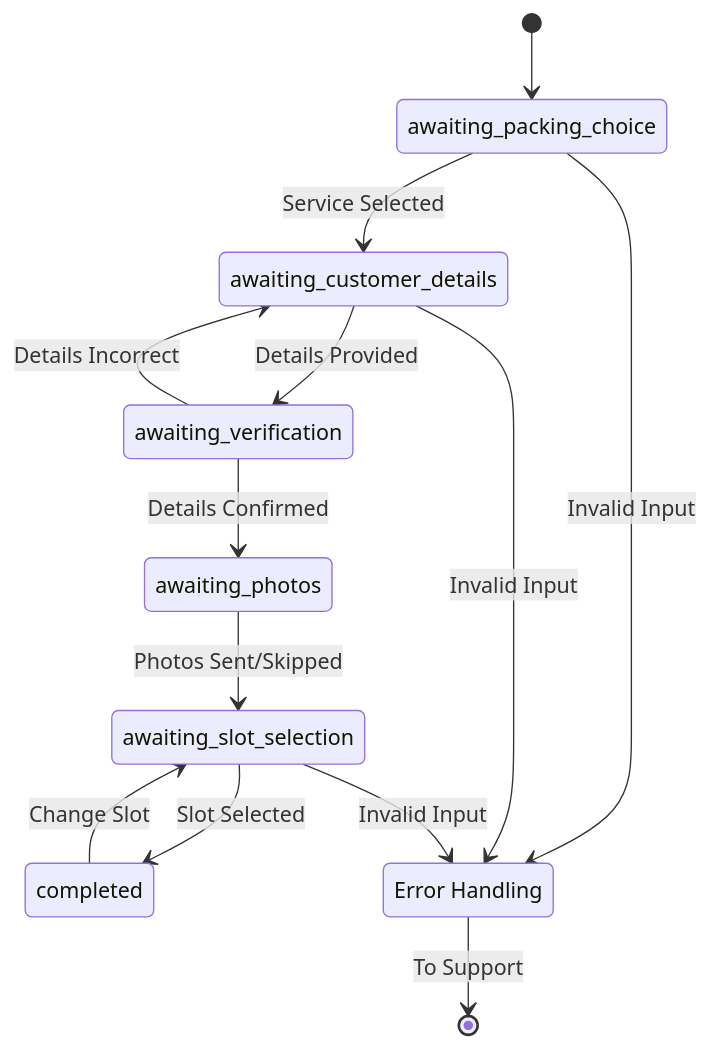
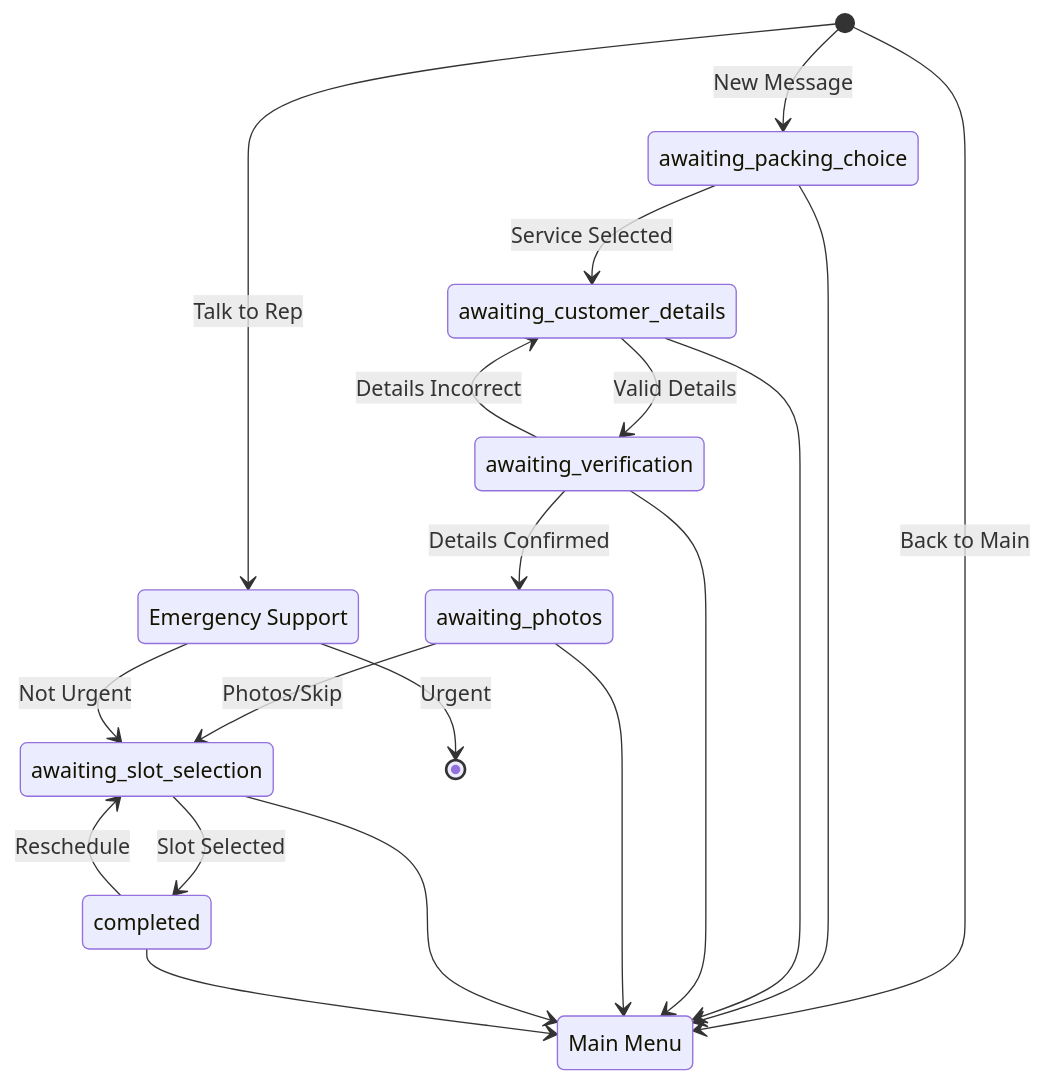
One commit to ShaiWinograd/whatsapp-simple-bot-python changed the diagram in docs/moving_service_flow.md. Above: the diagram before and after it, drawn with Mermaid. The commit also changed other lines of this file and 12 other files, not shown here.

````diff
--- a/docs/moving_service_flow.md
+++ b/docs/moving_service_flow.md
@@ -152,18 +121,25 @@
 ```mermaid
 stateDiagram-v2
-    [*] --> awaiting_packing_choice
+    [*] --> awaiting_packing_choice: New Message
     awaiting_packing_choice --> awaiting_customer_details: Service Selected
-    awaiting_customer_details --> awaiting_verification: Details Provided
+    awaiting_customer_details --> awaiting_verification: Valid Details
     awaiting_verification --> awaiting_photos: Details Confirmed
     awaiting_verification --> awaiting_customer_details: Details Incorrect
-    awaiting_photos --> awaiting_slot_selection: Photos Sent/Skipped
+    awaiting_photos --> awaiting_slot_selection: Photos/Skip
     awaiting_slot_selection --> completed: Slot Selected
-    completed --> awaiting_slot_selection: Change Slot
+    completed --> awaiting_slot_selection: Reschedule
     
-    state "Error Handling" as error
-    awaiting_packing_choice --> error: Invalid Input
-    awaiting_customer_details --> error: Invalid Input
-    awaiting_slot_selection --> error: Invalid Input
+    state "Emergency Support" as emergency
+    [*] --> emergency: Talk to Rep
+    emergency --> awaiting_slot_selection: Not Urgent
+    emergency --> [*]: Urgent
     
-    error --> [*]: To Support
+    state "Main Menu" as main
+    [*] --> main: Back to Main
+    awaiting_packing_choice --> main
+    awaiting_customer_details --> main
+    awaiting_verification --> main
+    awaiting_photos --> main
+    awaiting_slot_selection --> main
+    completed --> main
 ```
````
